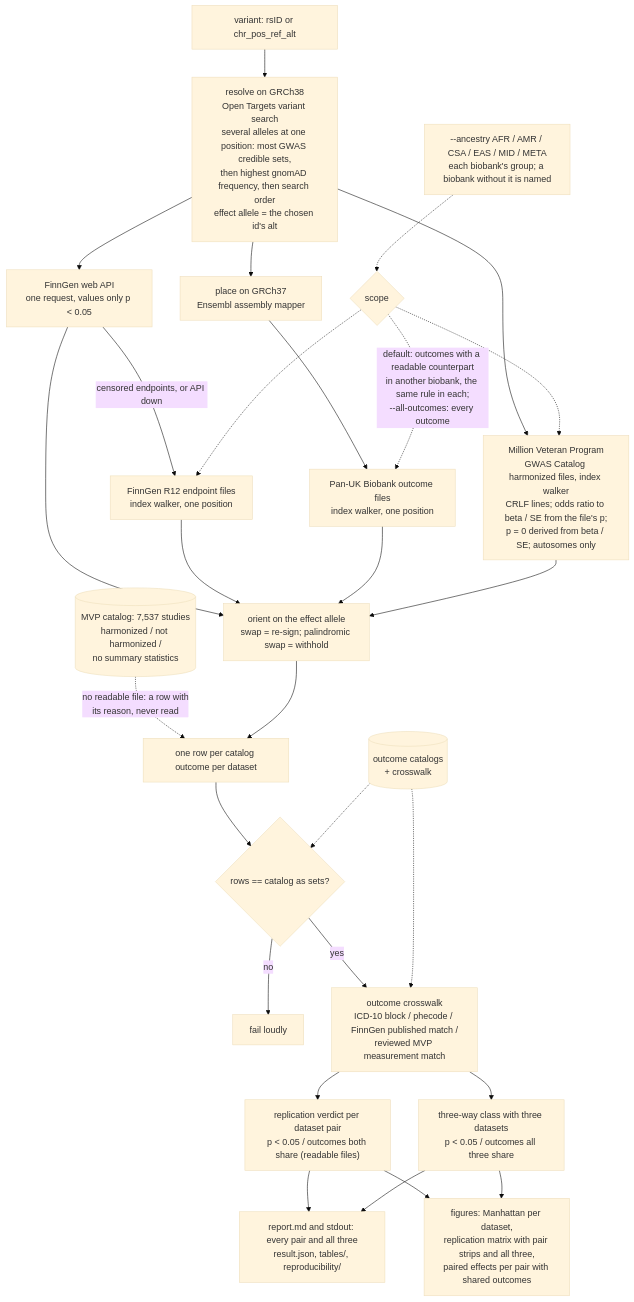
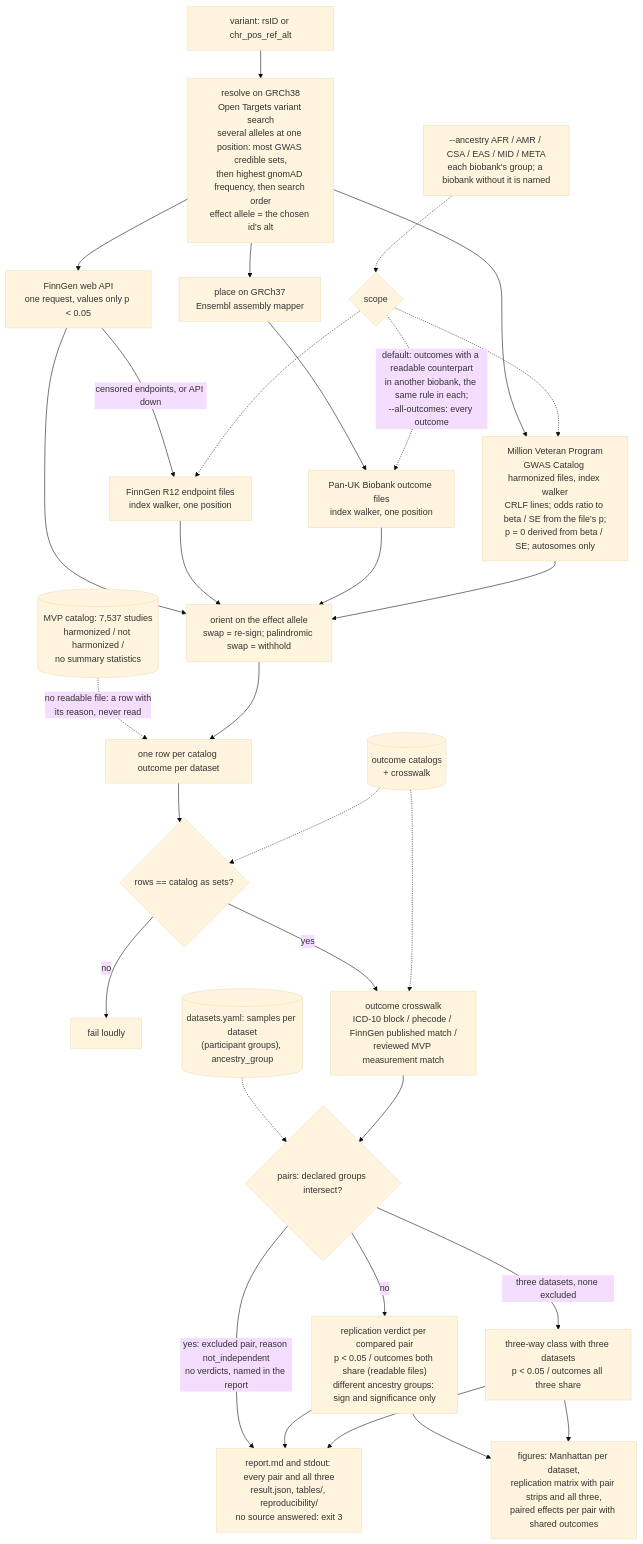
Before and after one commit to ClawBio/ClawBio: the diagram in skills/snp-phewas/diagram.mmd, drawn with Mermaid (base theme). The commit also changed 9 other files, not shown here.

```diff
--- a/skills/snp-phewas/diagram.mmd
+++ b/skills/snp-phewas/diagram.mmd
@@ -1,28 +1,31 @@
 flowchart TD
     Q["variant: rsID or chr_pos_ref_alt"] --> R["resolve on GRCh38<br/>Open Targets variant search<br/>several alleles at one position: most GWAS credible sets,<br/>then highest gnomAD frequency, then search order<br/>effect allele = the chosen id's alt"]
     R --> M["place on GRCh37<br/>Ensembl assembly mapper"]
     R --> FG_API["FinnGen web API<br/>one request, values only p &lt; 0.05"]
     FG_API -->|censored endpoints, or API down| FG_TBX["FinnGen R12 endpoint files<br/>index walker, one position"]
     M --> PAN["Pan-UK Biobank outcome files<br/>index walker, one position"]
     R --> MVP["Million Veteran Program<br/>GWAS Catalog harmonized files, index walker<br/>CRLF lines; odds ratio to beta / SE from the file's p;<br/>p = 0 derived from beta / SE; autosomes only"]
     MVPCAT[("MVP catalog: 7,537 studies<br/>harmonized / not harmonized /<br/>no summary statistics")] -.->|no readable file: a row with<br/>its reason, never read| ROWS
     ANC["--ancestry AFR / AMR / CSA / EAS / MID / META<br/>each biobank's group; a biobank without it is named"] -.-> SCOPE
     SCOPE{"scope"} -.->|default: outcomes with a readable counterpart<br/>in another biobank, the same rule in each;<br/>--all-outcomes: every outcome| PAN
     SCOPE -.-> FG_TBX
     SCOPE -.-> MVP
     FG_API --> O
     FG_TBX --> O
     PAN --> O["orient on the effect allele<br/>swap = re-sign; palindromic swap = withhold"]
     MVP --> O
     O --> ROWS["one row per catalog outcome per dataset"]
     ROWS --> P{"rows == catalog as sets?"}
     P -->|no| X["fail loudly"]
     P -->|yes| H["outcome crosswalk<br/>ICD-10 block / phecode / FinnGen published match /<br/>reviewed MVP measurement match"]
-    H --> V["replication verdict per dataset pair<br/>p &lt; 0.05 / outcomes both share (readable files)"]
-    H --> V3["three-way class with three datasets<br/>p &lt; 0.05 / outcomes all three share"]
-    V --> OUT["report.md and stdout: every pair and all three<br/>result.json, tables/, reproducibility/"]
+    SAMP[("datasets.yaml: samples per dataset<br/>(participant groups), ancestry_group")] -.-> PAIRS
+    H --> PAIRS{"pairs: declared groups intersect?"}
+    PAIRS -->|yes: excluded pair, reason not_independent<br/>no verdicts, named in the report| OUT
+    PAIRS -->|no| V["replication verdict per compared pair<br/>p &lt; 0.05 / outcomes both share (readable files)<br/>different ancestry groups: sign and significance only"]
+    PAIRS -->|three datasets, none excluded| V3["three-way class with three datasets<br/>p &lt; 0.05 / outcomes all three share"]
+    V --> OUT["report.md and stdout: every pair and all three<br/>result.json, tables/, reproducibility/<br/>no source answered: exit 3"]
     V3 --> OUT
     V --> FIG["figures: Manhattan per dataset,<br/>replication matrix with pair strips and all three,<br/>paired effects per pair with shared outcomes"]
     V3 --> FIG
     CAT[("outcome catalogs<br/>+ crosswalk")] -.-> P
     CAT -.-> H
```
